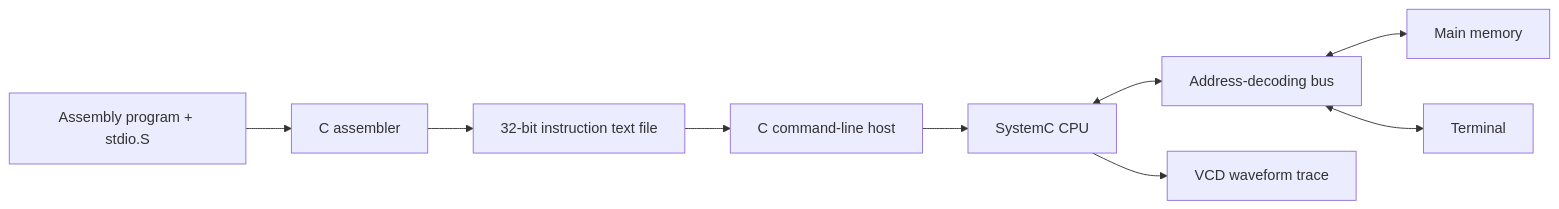
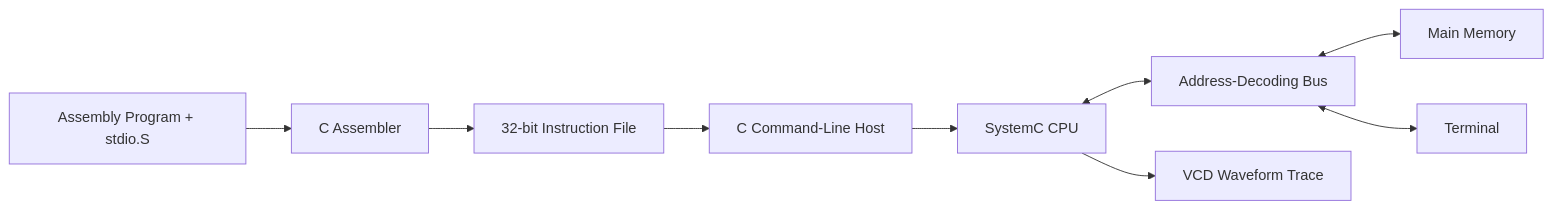
Before and after one commit to felixjahr/tinyrisc: the diagram in README.md, drawn with Mermaid. The commit also changed other lines of this file, not shown here.

````diff
--- a/README.md
+++ b/README.md
@@ -26,11 +36,11 @@
 ```mermaid
 flowchart LR
-    A[Assembly program + stdio.S] --> B[C assembler]
-    B --> C[32-bit instruction text file]
-    C --> D[C command-line host]
+    A[Assembly Program + stdio.S] --> B[C Assembler]
+    B --> C[32-bit Instruction File]
+    C --> D[C Command-Line Host]
     D --> E[SystemC CPU]
-    E <--> F[Address-decoding bus]
-    F <--> G[Main memory]
+    E <--> F[Address-Decoding Bus]
+    F <--> G[Main Memory]
     F <--> H[Terminal]
-    E --> I[VCD waveform trace]
+    E --> I[VCD Waveform Trace]
 ```
````
